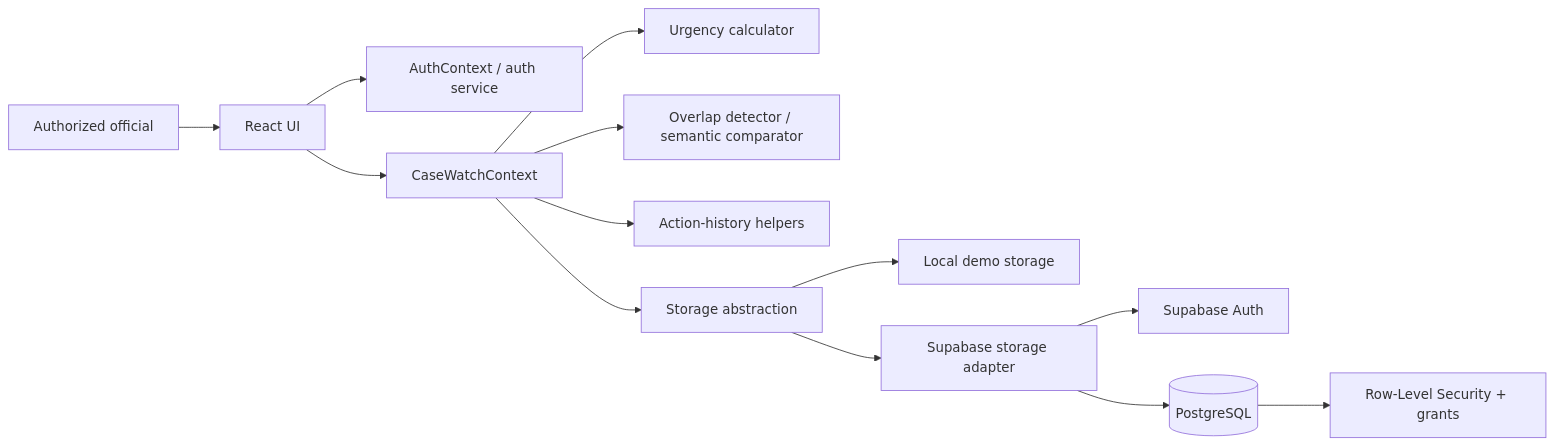
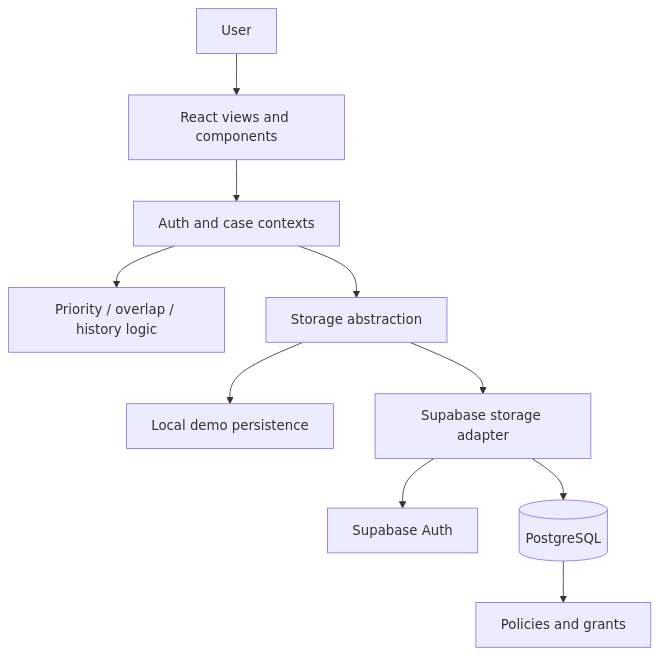
The diagram in docs/ARCHITECTURE.md (kusoumya2006-netizen/CONVERA-), drawn with Mermaid before and after one commit. The commit also changed other lines of this file, not shown here.

````diff
--- a/docs/ARCHITECTURE.md
+++ b/docs/ARCHITECTURE.md
@@ -7,15 +15,12 @@
 ```mermaid
-flowchart LR
-    Official[Authorized official] --> UI[React UI]
-    UI --> Auth[AuthContext / auth service]
-    UI --> CaseCtx[CaseWatchContext]
-    CaseCtx --> Urgency[Urgency calculator]
-    CaseCtx --> Overlap[Overlap detector / semantic comparator]
-    CaseCtx --> History[Action-history helpers]
-    CaseCtx --> Storage[Storage abstraction]
-    Storage --> Local[Local demo storage]
-    Storage --> Supabase[Supabase storage adapter]
-    Supabase --> AuthCloud[Supabase Auth]
-    Supabase --> DB[(PostgreSQL)]
-    DB --> RLS[Row-Level Security + grants]
+flowchart TD
+    U[User] --> V[React views and components]
+    V --> C[Auth and case contexts]
+    C --> E[Priority / overlap / history logic]
+    C --> S[Storage abstraction]
+    S --> L[Local demo persistence]
+    S --> P[Supabase storage adapter]
+    P --> A[Supabase Auth]
+    P --> D[(PostgreSQL)]
+    D --> RLS[Policies and grants]
 ```
````
